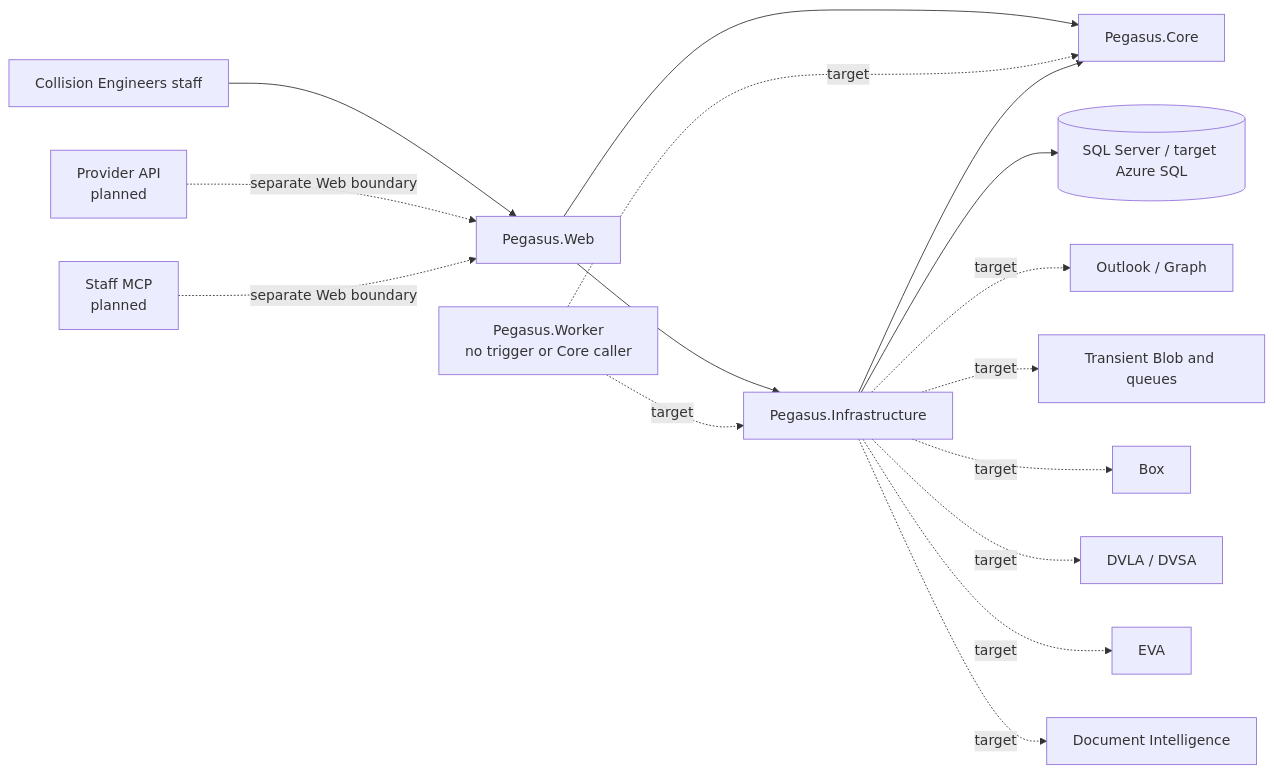
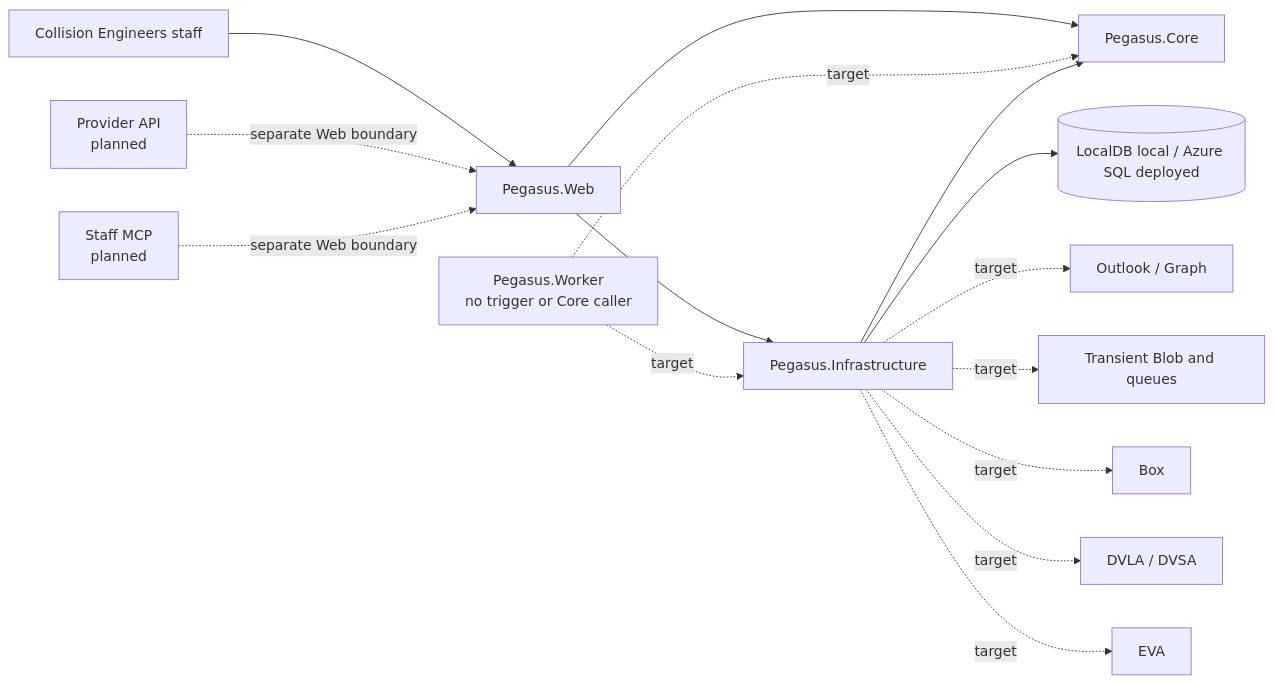
One commit to collisionengineers/pegasus changed the diagram in docs/architecture.md. Above: the diagram before and after it, drawn with Mermaid. The commit also changed other lines of this file and 379 other files, not shown here.

````diff
--- a/docs/architecture.md
+++ b/docs/architecture.md
@@ -19,20 +19,19 @@
 ```mermaid
 flowchart LR
     Staff[Collision Engineers staff] --> Web[Pegasus.Web]
     Provider[Provider API\nplanned] -. separate Web boundary .-> Web
     MCP[Staff MCP\nplanned] -. separate Web boundary .-> Web
 
     Web --> Core[Pegasus.Core]
     Worker[Pegasus.Worker\nno trigger or Core caller] -. target .-> Core
     Web --> Infra[Pegasus.Infrastructure]
     Worker -. target .-> Infra
     Infra --> Core
 
-    Infra --> SQL[(SQL Server / target Azure SQL)]
+    Infra --> SQL[(LocalDB local / Azure SQL deployed)]
     Infra -. target .-> Outlook[Outlook / Graph]
     Infra -. target .-> Blob[Transient Blob and queues]
     Infra -. target .-> Box[Box]
     Infra -. target .-> DVLA[DVLA / DVSA]
     Infra -. target .-> EVA[EVA]
-    Infra -. target .-> OCR[Document Intelligence]
 ```
````
